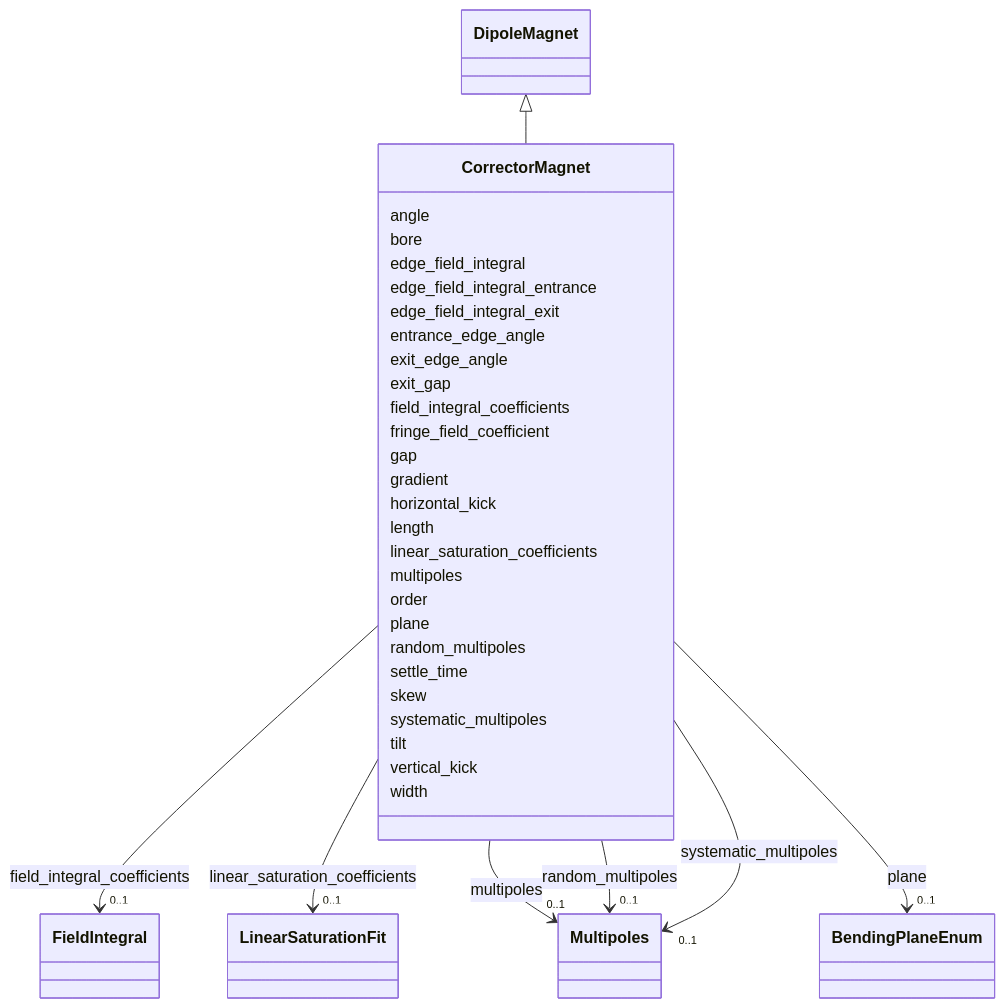
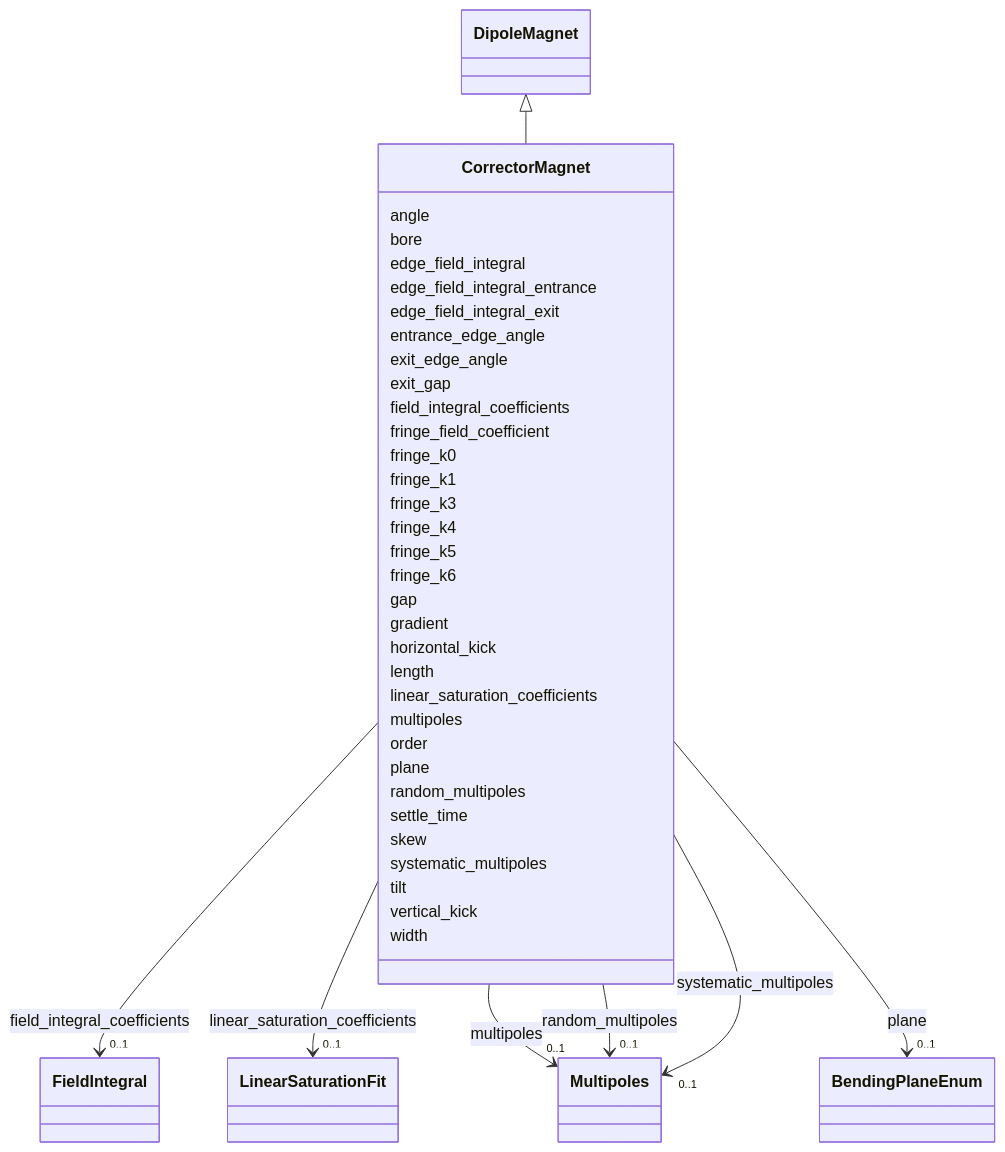
One commit to astec-stfc/laura changed the diagram in docs/source/schema/CorrectorMagnet.md. Above: the diagram before and after it, drawn with Mermaid. The commit also changed other lines of this file and 42 other files, not shown here.

```diff
--- a/docs/source/schema/CorrectorMagnet.md
+++ b/docs/source/schema/CorrectorMagnet.md
@@ -50,6 +50,18 @@
 
         
       CorrectorMagnet : fringe_field_coefficient
+        
+      CorrectorMagnet : fringe_k0
+        
+      CorrectorMagnet : fringe_k1
+        
+      CorrectorMagnet : fringe_k3
+        
+      CorrectorMagnet : fringe_k4
+        
+      CorrectorMagnet : fringe_k5
+        
+      CorrectorMagnet : fringe_k6
         
       CorrectorMagnet : gap
         
```
